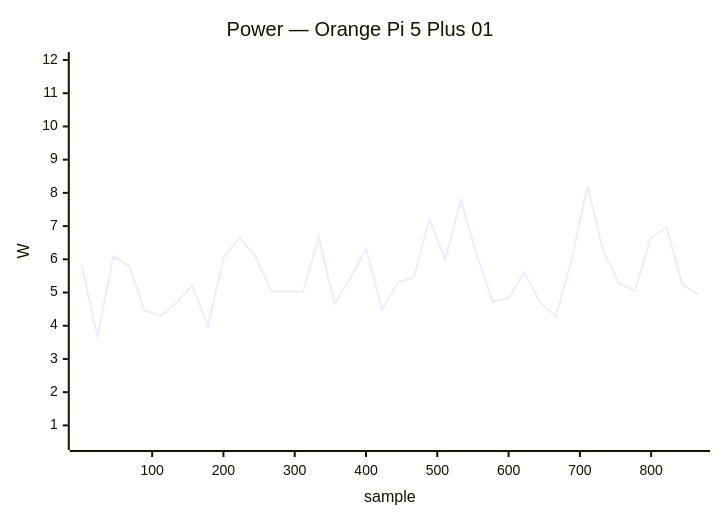
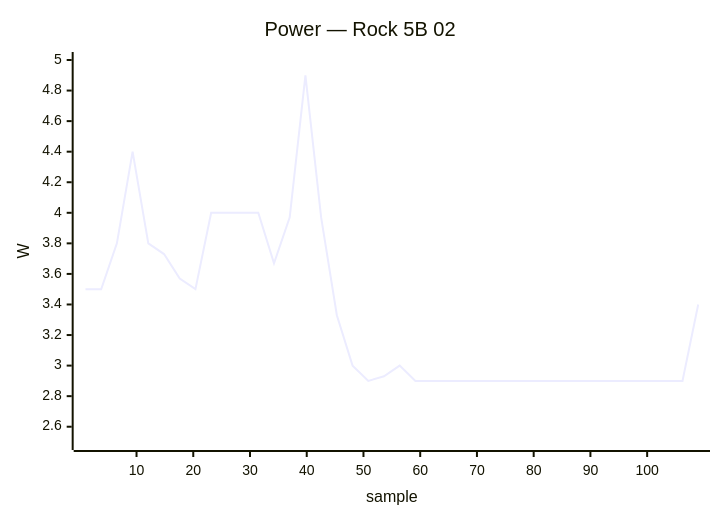
One commit to armbian/documentation changed the tenth of 34 diagrams in docs/status/board-tests.md. Above: the diagram before and after it, drawn with Mermaid. The commit also changed other lines of this file, not shown here.

````diff
--- a/docs/status/board-tests.md
+++ b/docs/status/board-tests.md
@@ -493,7 +598,7 @@
 ```mermaid
 xychart-beta
-    title "Power — Orange Pi 5 Plus 01"
-    x-axis "sample" 1 --> 866
-    y-axis "W" 0.5 --> 12.0
-    line [5.86, 3.65, 6.08, 5.80, 4.45, 4.30, 4.69, 5.21, 3.99, 6.08, 6.65, 6.08, 5.03, 5.03, 5.03, 6.66, 4.66, 5.44, 6.32, 4.48, 5.31, 5.45, 7.20, 6.00, 7.77, 6.12, 4.73, 4.83, 5.60, 4.71, 4.28, 6.01, 8.21, 6.25, 5.28, 5.05, 6.65, 6.95, 5.23, 4.95]
+    title "Power — Rock 5B 02"
+    x-axis "sample" 1 --> 109
+    y-axis "W" 2.5 --> 5.0
+    line [3.50, 3.50, 3.80, 4.40, 3.80, 3.73, 3.57, 3.50, 4.00, 4.00, 4.00, 4.00, 3.67, 3.97, 4.90, 3.97, 3.33, 3.00, 2.90, 2.93, 3.00, 2.90, 2.90, 2.90, 2.90, 2.90, 2.90, 2.90, 2.90, 2.90, 2.90, 2.90, 2.90, 2.90, 2.90, 2.90, 2.90, 2.90, 2.90, 3.40]
 ```
````
